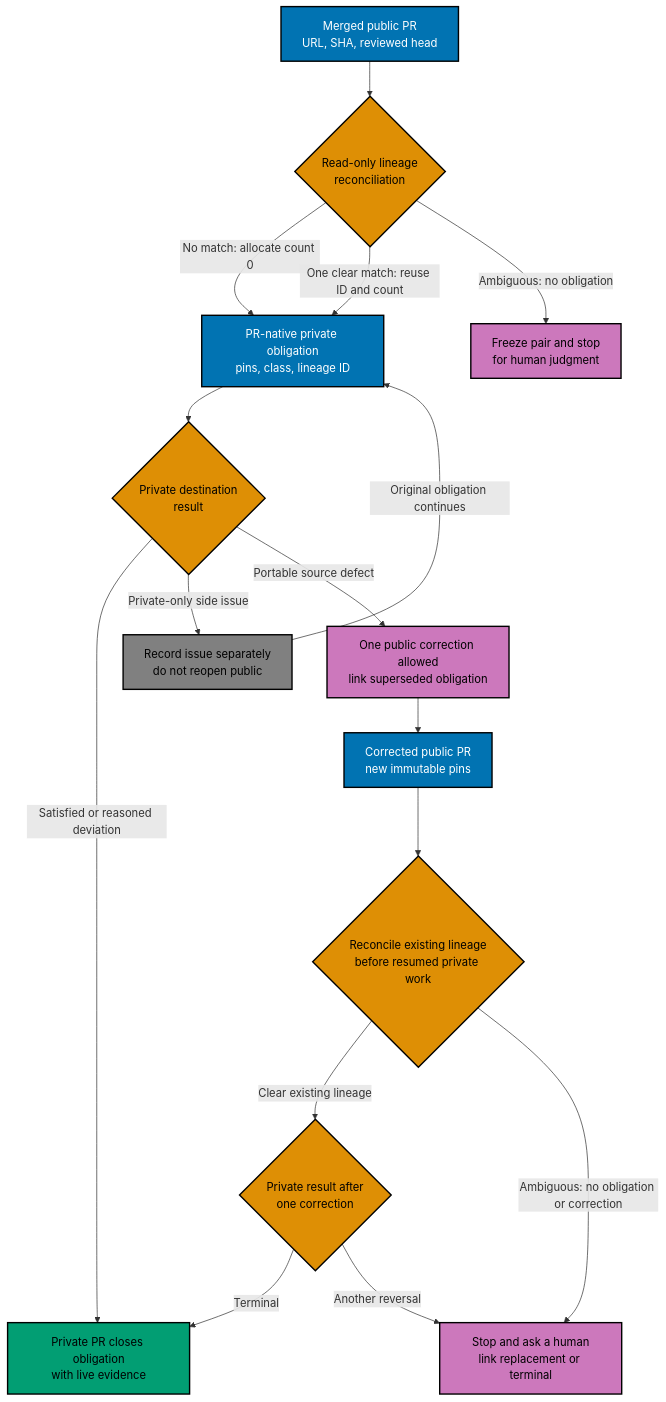
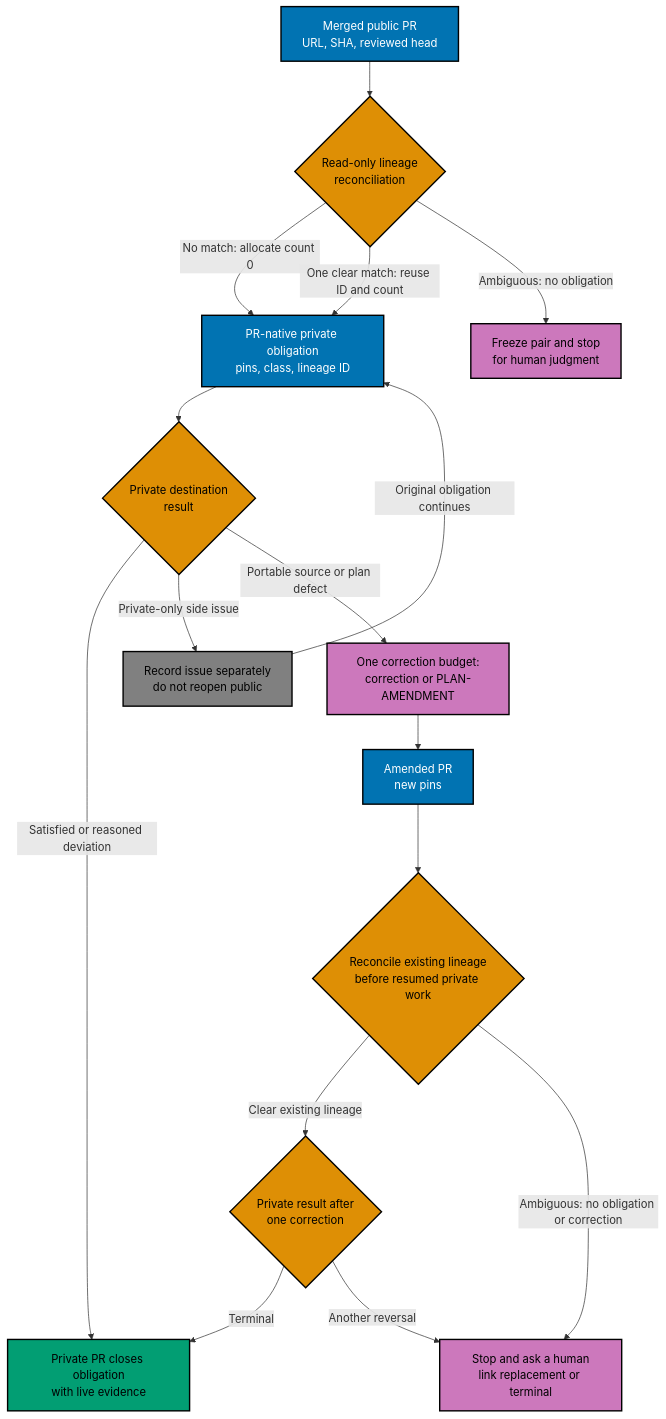
One commit to wahidyankf/open-sharia-fintech changed the second of 3 diagrams in plans/in-progress/optimize-pr-process/tech-docs.md. Above: the diagram before and after it, drawn with Mermaid. The commit also changed other lines of this file and 3 other files, not shown here.

````diff
--- a/plans/in-progress/optimize-pr-process/tech-docs.md
+++ b/plans/in-progress/optimize-pr-process/tech-docs.md
@@ -128,26 +135,26 @@
 ```mermaid
 %% Color Palette: Blue #0173B2, Orange #DE8F05, Teal #029E73, Purple #CC78BC, Gray #808080
 flowchart TD
     accTitle: Public rule propagation and bounded private adaptation
     accDescr: A green public merge creates one pinned private obligation. Private work either closes it, records a private-only decision, or requests one public correction. A second reversal stops for human judgment.
     P["Merged public PR<br/>URL, SHA, reviewed head"]:::blue --> R{"Read-only lineage<br/>reconciliation"}:::orange
     R -->|No match: allocate count 0| O["PR-native private obligation<br/>pins, class, lineage ID"]:::blue
     R -->|One clear match: reuse ID and count| O
     R -->|Ambiguous: no obligation| HS["Freeze pair and stop<br/>for human judgment"]:::purple
     O --> A{"Private destination<br/>result"}:::orange
     A -->|Satisfied or reasoned deviation| C["Private PR closes obligation<br/>with live evidence"]:::teal
     A -->|Private-only side issue| V["Record issue separately<br/>do not reopen public"]:::gray
     V -->|Original obligation continues| O
-    A -->|Portable source defect| F["One public correction allowed<br/>link superseded obligation"]:::purple
-    F --> P2["Corrected public PR<br/>new immutable pins"]:::blue
+    A -->|Portable source or plan defect| F["One correction budget:<br/>correction or PLAN-AMENDMENT"]:::purple
+    F --> P2["Amended PR<br/>new pins"]:::blue
     P2 --> R2{"Reconcile existing lineage<br/>before resumed private work"}:::orange
     R2 -->|Clear existing lineage| A2{"Private result after<br/>one correction"}:::orange
     R2 -->|Ambiguous: no obligation or correction| H
     A2 -->|Terminal| C
     A2 -->|Another reversal| H["Stop and ask a human<br/>link replacement or terminal"]:::purple
     classDef blue fill:#0173B2,stroke:#000000,color:#FFFFFF,stroke-width:2px
     classDef orange fill:#DE8F05,stroke:#000000,color:#000000,stroke-width:2px
     classDef teal fill:#029E73,stroke:#000000,color:#000000,stroke-width:2px
     classDef purple fill:#CC78BC,stroke:#000000,color:#000000,stroke-width:2px
     classDef gray fill:#808080,stroke:#000000,color:#000000,stroke-width:2px
 ```
````
